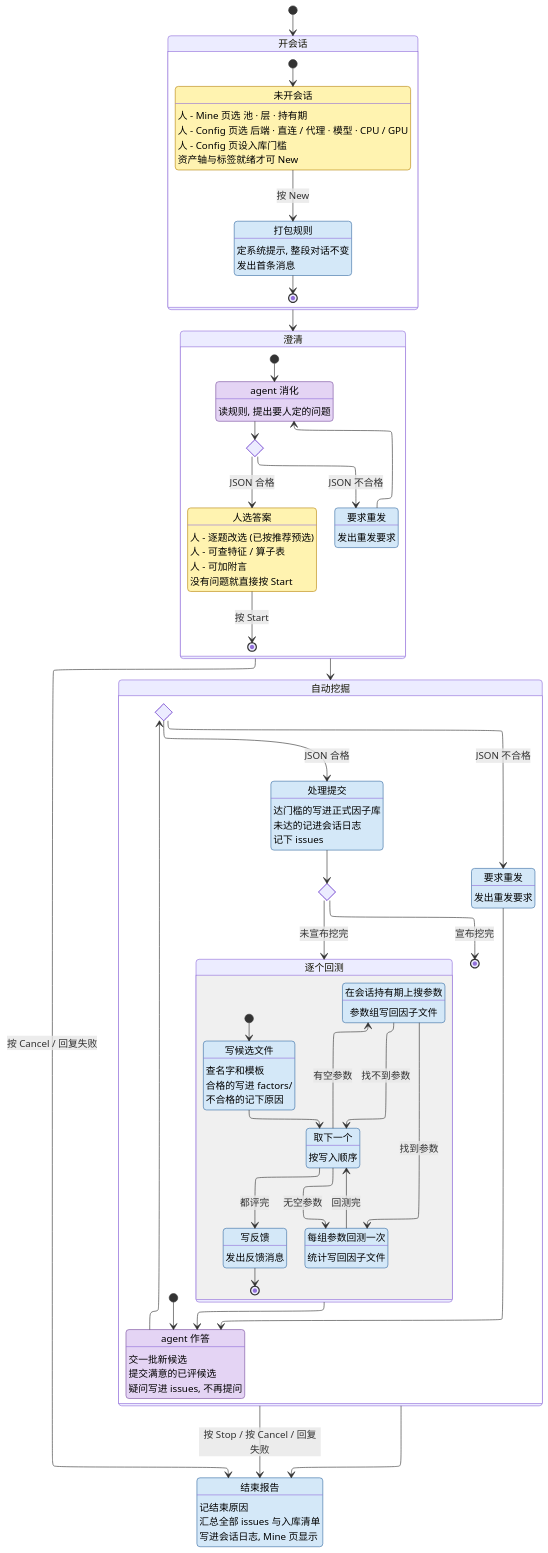
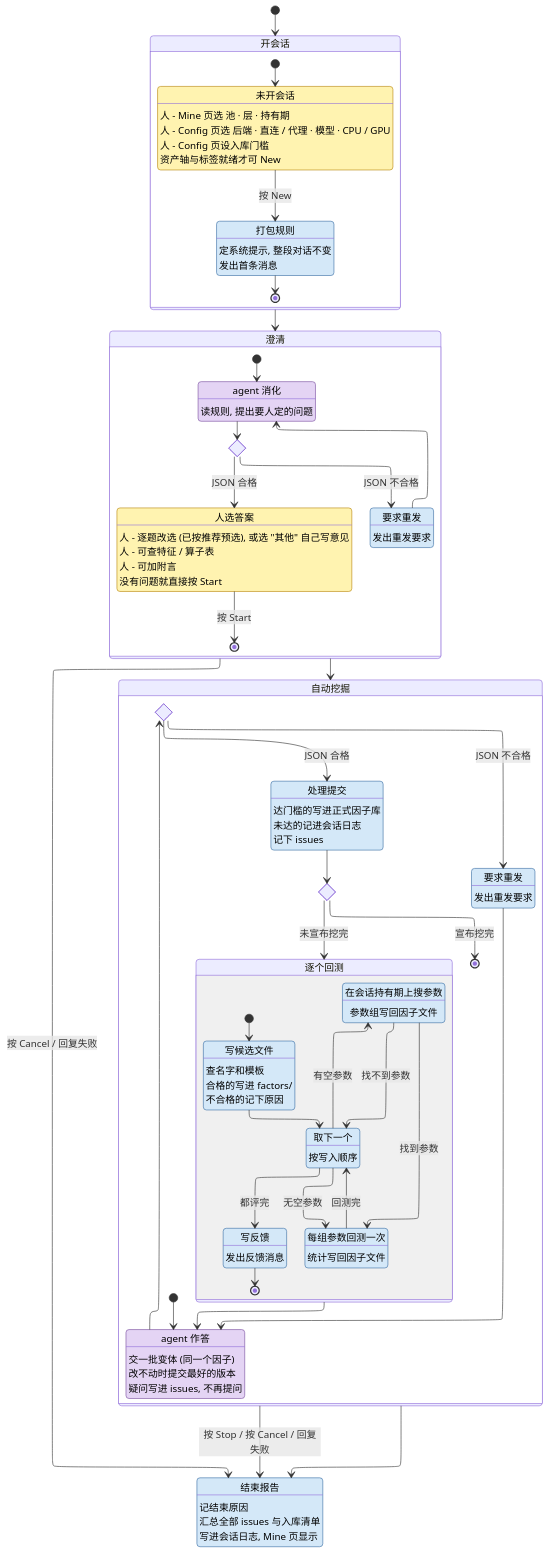
One commit to CoCoMilkyWay/stk changed the diagram in AGENT.md. Above: the diagram before and after it, drawn with Mermaid. The commit also changed other lines of this file and 25 other files, not shown here.

```diff
--- a/AGENT.md
+++ b/AGENT.md
@@ -59,7 +59,7 @@
         state "要求重发" as QRetry
         QRetry : 发出重发要求
         state "人选答案" as Choose
-        Choose : 人 - 逐题改选 (已按推荐预选)
+        Choose : 人 - 逐题改选 (已按推荐预选), 或选 "其他" 自己写意见
         Choose : 人 - 可查特征 / 算子表
         Choose : 人 - 可加附言
         Choose : 没有问题就直接按 Start
@@ -74,8 +74,8 @@
 
     state "自动挖掘" as GMine {
         state "agent 作答" as Asking
-        Asking : 交一批新候选
-        Asking : 提交满意的已评候选
+        Asking : 交一批变体 (同一个因子)
+        Asking : 改不动时提交最好的版本
         Asking : 疑问写进 issues, 不再提问
         state Format <<choice>>
         state "要求重发" as Retry
```
